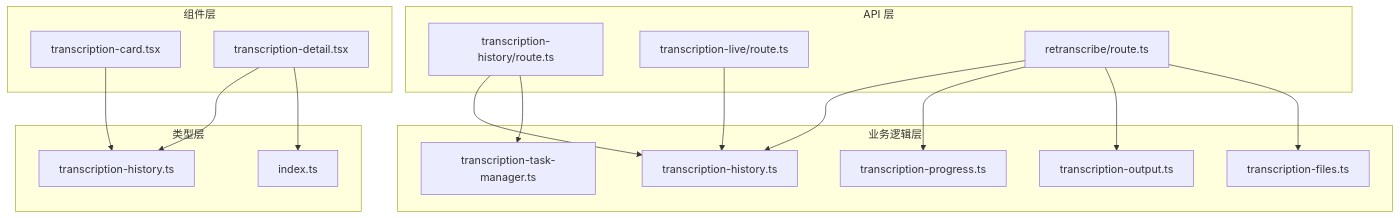
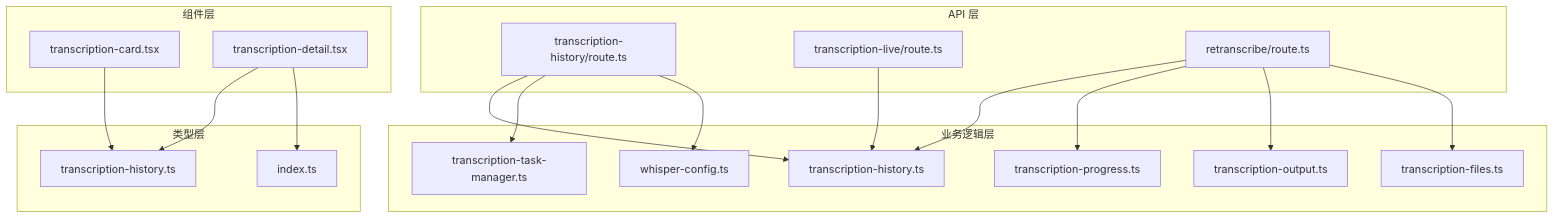
Diagram 13 of 13 in .qoder/repowiki/zh/content/Transcription History System.md (clawbotai/memo-flow), drawn with Mermaid before and after one commit. The commit also changed other lines of this file and 5 other files, not shown here.

````diff
--- a/.qoder/repowiki/zh/content/Transcription History System.md
+++ b/.qoder/repowiki/zh/content/Transcription History System.md
@@ -468,33 +494,35 @@
 ```mermaid
 graph TD
 subgraph "API 层"
 A[transcription-history/route.ts]
 B[transcription-live/route.ts]
 C[retranscribe/route.ts]
 end
 subgraph "业务逻辑层"
 D[transcription-history.ts]
 E[transcription-progress.ts]
 F[transcription-output.ts]
 G[transcription-files.ts]
 H[transcription-task-manager.ts]
+I[whisper-config.ts]
 end
 subgraph "组件层"
-I[transcription-card.tsx]
-J[transcription-detail.tsx]
+J[transcription-card.tsx]
+K[transcription-detail.tsx]
 end
 subgraph "类型层"
-K[transcription-history.ts]
-L[index.ts]
+L[transcription-history.ts]
+M[index.ts]
 end
 A --> D
 A --> H
+A --> I
 B --> D
 C --> D
 C --> E
 C --> F
 C --> G
-I --> K
-J --> K
 J --> L
+K --> L
+K --> M
 ```
````
